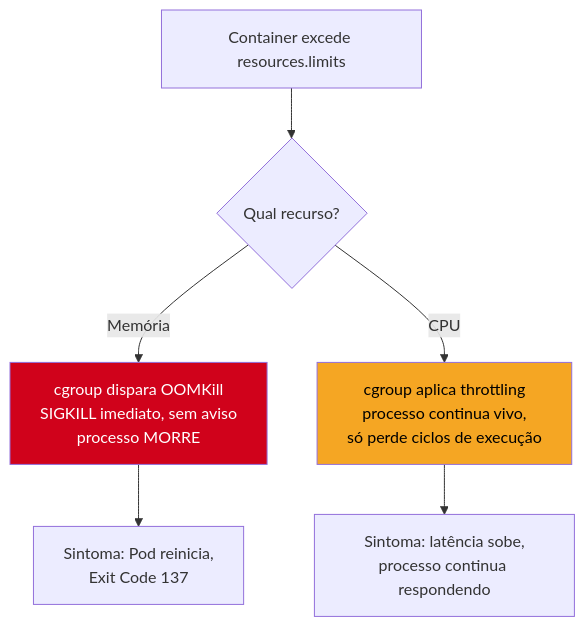
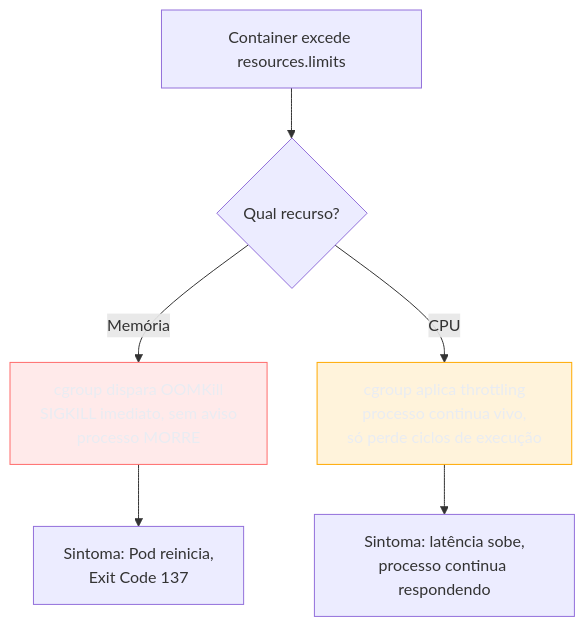
One commit to josenaldo/codex-technomanticus changed the second of 5 diagrams in 03-Dominios/Tecnologia/Python/Cloud-native e produção/03 - Recursos e limites — requests, limits e OOMKill.md. Above: the diagram before and after it, drawn with Mermaid. The commit also changed 1181 other files, not shown here.

First line of the commit message:
fix(diagramas): paleta do sistema no lugar de cor cravada no markdown

````diff
--- a/03-Dominios/Tecnologia/Python/Cloud-native e produção/03 - Recursos e limites — requests, limits e OOMKill.md
+++ b/03-Dominios/Tecnologia/Python/Cloud-native e produção/03 - Recursos e limites — requests, limits e OOMKill.md
@@ -89,10 +89,12 @@
 ```mermaid
 flowchart TD
+    classDef falha fill:#FF6B6B24,stroke:#FF6B6B,color:#E9ECF2
+    classDef destaque fill:#FFAA0024,stroke:#FFAA00,color:#E9ECF2
     LIM["Container excede resources.limits"] --> TIPO{"Qual recurso?"}
     TIPO -->|Memória| MEM["cgroup dispara OOMKill<br/>SIGKILL imediato, sem aviso<br/>processo MORRE"]
     TIPO -->|CPU| CPU["cgroup aplica throttling<br/>processo continua vivo,<br/>só perde ciclos de execução"]
     MEM --> SINTOMA1["Sintoma: Pod reinicia,<br/>Exit Code 137"]
     CPU --> SINTOMA2["Sintoma: latência sobe,<br/>processo continua respondendo"]
-    style MEM fill:#D0021B,color:#fff
-    style CPU fill:#F5A623,color:#000
+    class MEM falha
+    class CPU destaque
 ```
````
